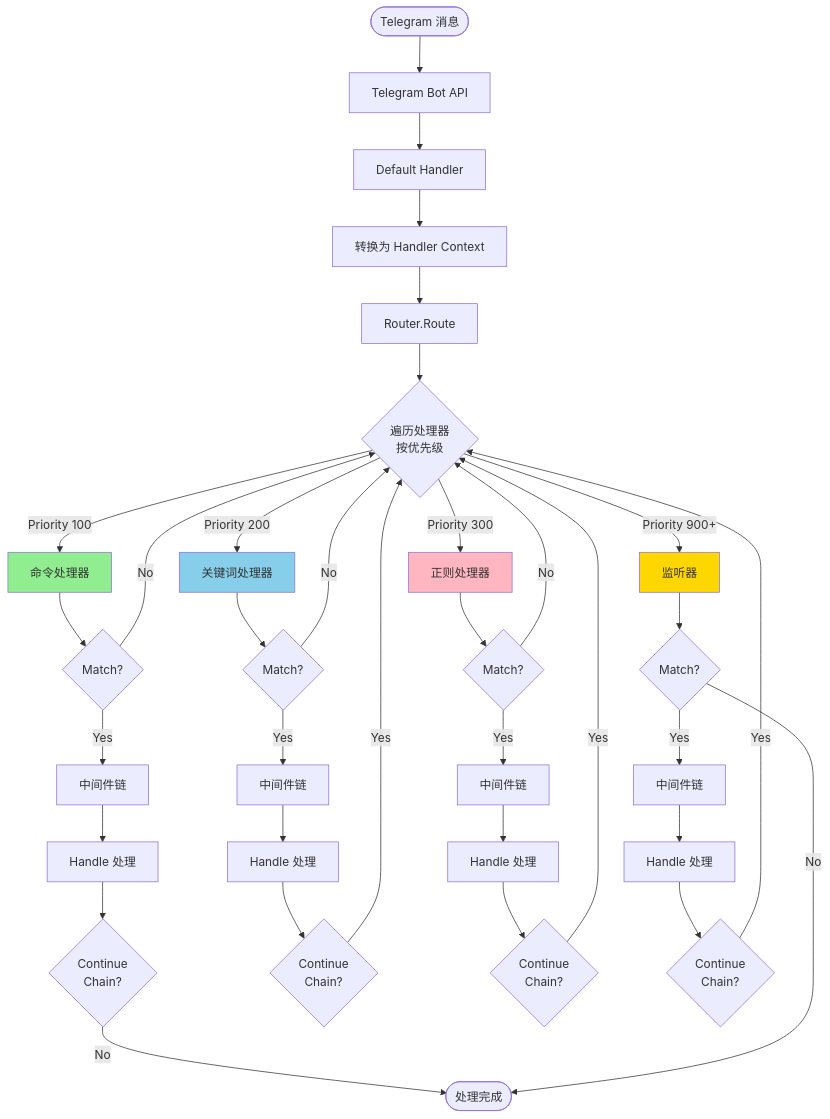
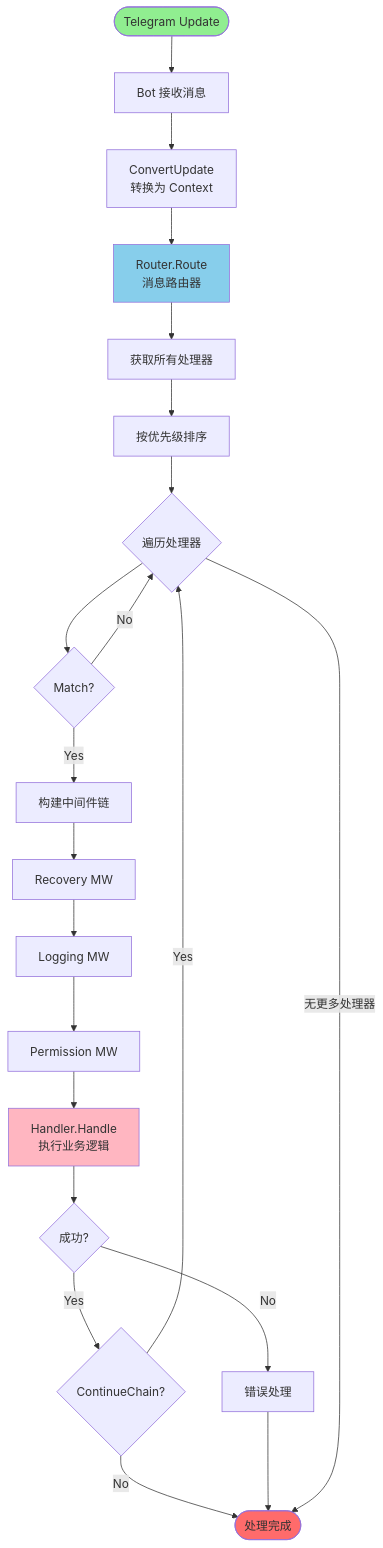
Before and after one commit to asmitul/go-telegram-bot: the first of 26 diagrams in docs/architecture-diagram.md, drawn with Mermaid. The commit also changed other lines of this file, not shown here.

Commit message:
✔️ 更新architecture-diagram.md文档

````diff
--- a/docs/architecture-diagram.md
+++ b/docs/architecture-diagram.md
@@ -5,50 +49,34 @@
 ```mermaid
 graph TB
-    Start([Telegram 消息]) --> Bot[Telegram Bot API]
-    Bot --> DefaultHandler[Default Handler]
-    DefaultHandler --> Convert[转换为 Handler Context]
-    Convert --> Router[Router.Route]
+    Start([Telegram Update]) --> Receive[Bot 接收消息]
+    Receive --> Convert[ConvertUpdate<br/>转换为 Context]
+    Convert --> Router[Router.Route<br/>消息路由器]
 
-    Router --> MatchLoop{遍历处理器<br/>按优先级}
+    Router --> GetHandlers[获取所有处理器]
+    GetHandlers --> Sort[按优先级排序]
+    Sort --> Loop{遍历处理器}
 
-    MatchLoop --> |Priority 100| Commands[命令处理器]
-    MatchLoop --> |Priority 200| Keywords[关键词处理器]
-    MatchLoop --> |Priority 300| Patterns[正则处理器]
-    MatchLoop --> |Priority 900+| Listeners[监听器]
+    Loop --> Match{Match?}
+    Match -->|No| Loop
+    Match -->|Yes| BuildChain[构建中间件链]
 
-    Commands --> CmdMatch{Match?}
-    Keywords --> KwMatch{Match?}
-    Patterns --> PatMatch{Match?}
-    Listeners --> ListMatch{Match?}
+    BuildChain --> MW1[Recovery MW]
+    MW1 --> MW2[Logging MW]
+    MW2 --> MW3[Permission MW]
+    MW3 --> Handler[Handler.Handle<br/>执行业务逻辑]
 
-    CmdMatch --> |Yes| CmdChain[中间件链]
-    KwMatch --> |Yes| KwChain[中间件链]
-    PatMatch --> |Yes| PatChain[中间件链]
-    ListMatch --> |Yes| ListChain[中间件链]
+    Handler --> Success{成功?}
+    Success -->|Yes| Continue{ContinueChain?}
+    Success -->|No| Error[错误处理]
 
-    CmdChain --> CmdHandle[Handle 处理]
-    KwChain --> KwHandle[Handle 处理]
-    PatChain --> PatHandle[Handle 处理]
-    ListChain --> ListHandle[Handle 处理]
+    Continue -->|Yes| Loop
+    Continue -->|No| End([处理完成])
+    Error --> End
 
-    CmdHandle --> CmdCont{Continue<br/>Chain?}
-    KwHandle --> KwCont{Continue<br/>Chain?}
-    PatHandle --> PatCont{Continue<br/>Chain?}
-    ListHandle --> ListCont{Continue<br/>Chain?}
+    Loop -->|无更多处理器| End
 
-    CmdMatch --> |No| MatchLoop
-    KwMatch --> |No| MatchLoop
-    PatMatch --> |No| MatchLoop
-
-    CmdCont --> |No| End([处理完成])
-    KwCont --> |Yes| MatchLoop
-    PatCont --> |Yes| MatchLoop
-    ListCont --> |Yes| MatchLoop
-
-    ListMatch --> |No| End
-
-    style Commands fill:#90EE90
-    style Keywords fill:#87CEEB
-    style Patterns fill:#FFB6C1
-    style Listeners fill:#FFD700
+    style Start fill:#90EE90
+    style Router fill:#87CEEB
+    style Handler fill:#FFB6C1
+    style End fill:#FF6B6B
 ```
````
